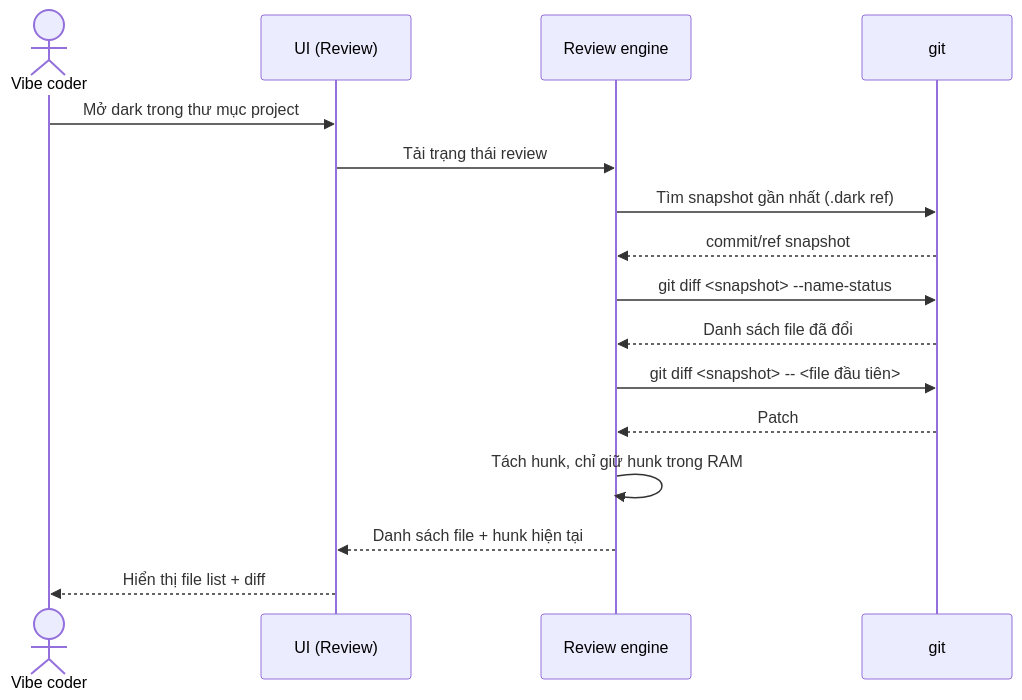
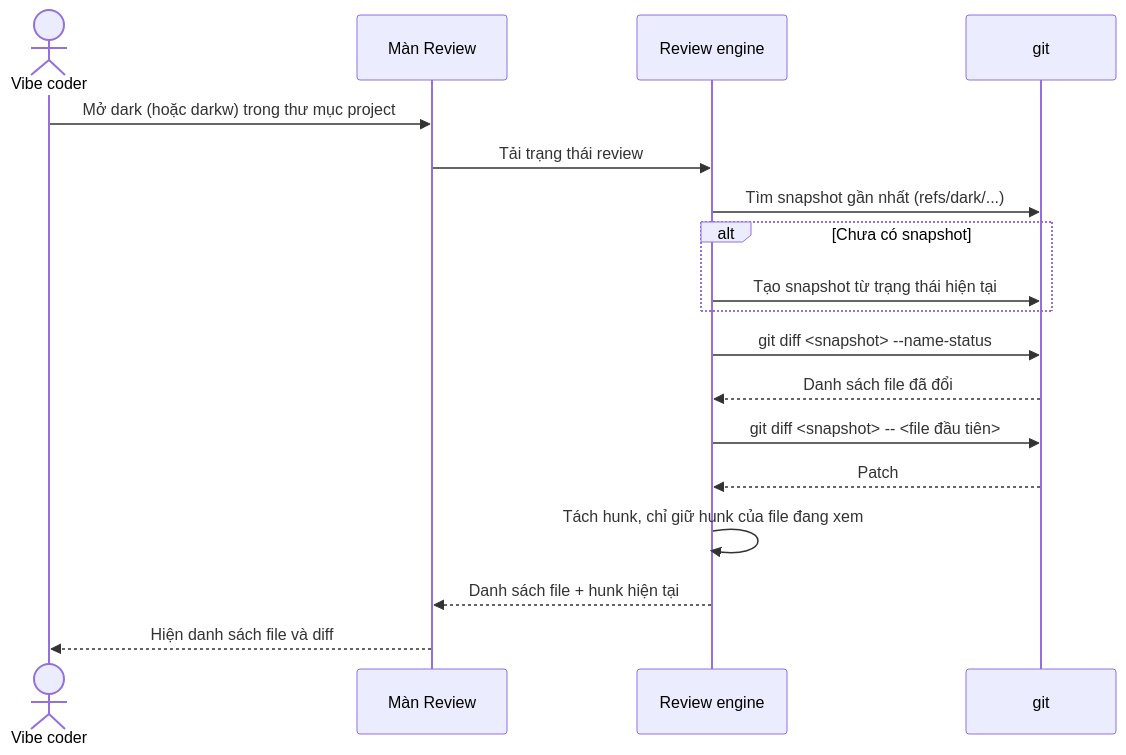
One commit to lhnhidev/dark changed the first of 7 diagrams in docs/SEQUENCE.md. Above: the diagram before and after it, drawn with Mermaid. The commit also changed other lines of this file and 7 other files, not shown here.

Commit message:
docs: redefine product scope and roadmap

````diff
--- a/docs/SEQUENCE.md
+++ b/docs/SEQUENCE.md
@@ -10,19 +10,21 @@
 ```mermaid
 sequenceDiagram
     actor U as Vibe coder
-    participant UI as UI (Review)
+    participant UI as Màn Review
     participant RV as Review engine
     participant G as git
 
-    U->>UI: Mở dark trong thư mục project
+    U->>UI: Mở dark (hoặc darkw) trong thư mục project
     UI->>RV: Tải trạng thái review
-    RV->>G: Tìm snapshot gần nhất (.dark ref)
-    G-->>RV: commit/ref snapshot
+    RV->>G: Tìm snapshot gần nhất (refs/dark/...)
+    alt Chưa có snapshot
+        RV->>G: Tạo snapshot từ trạng thái hiện tại
+    end
     RV->>G: git diff <snapshot> --name-status
     G-->>RV: Danh sách file đã đổi
     RV->>G: git diff <snapshot> -- <file đầu tiên>
     G-->>RV: Patch
-    RV->>RV: Tách hunk, chỉ giữ hunk trong RAM
+    RV->>RV: Tách hunk, chỉ giữ hunk của file đang xem
     RV-->>UI: Danh sách file + hunk hiện tại
-    UI-->>U: Hiển thị file list + diff
+    UI-->>U: Hiện danh sách file và diff
 ```
````
